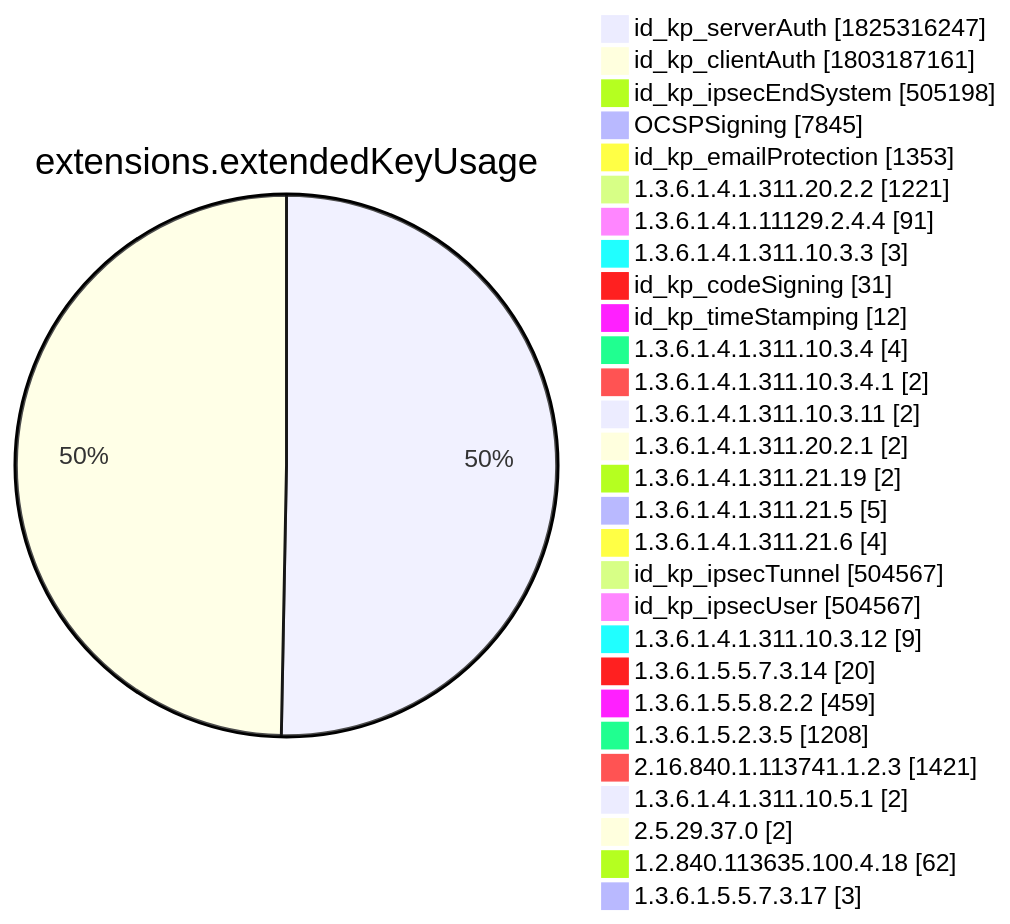
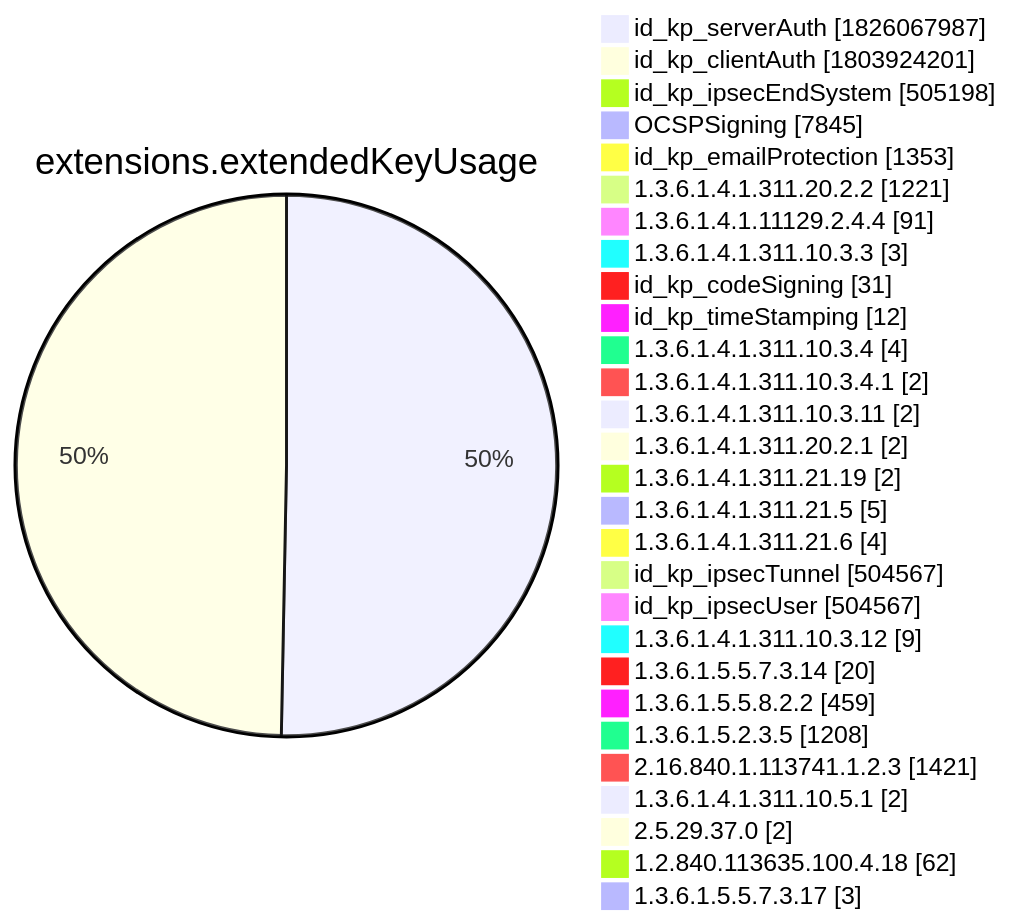
Before and after one commit to christiankrug/ctmonitor_visualization: diagram 12 of 15 in xenon2022/README.md, drawn with Mermaid. The commit also changed other lines of this file, not shown here.

````diff
--- a/xenon2022/README.md
+++ b/xenon2022/README.md
@@ -3895,32 +3895,32 @@
 ```mermaid
 pie showData
 title extensions.extendedKeyUsage
-"id_kp_serverAuth" :1825316247
-"id_kp_clientAuth" :1803187161
+"id_kp_serverAuth" :1826067987
+"id_kp_clientAuth" :1803924201
 "id_kp_ipsecEndSystem" :505198
 "OCSPSigning" :7845
 "id_kp_emailProtection" :1353
 "1.3.6.1.4.1.311.20.2.2" :1221
 "1.3.6.1.4.1.11129.2.4.4" :91
 "1.3.6.1.4.1.311.10.3.3" :3
 "id_kp_codeSigning" :31
 "id_kp_timeStamping" :12
 "1.3.6.1.4.1.311.10.3.4" :4
 "1.3.6.1.4.1.311.10.3.4.1" :2
 "1.3.6.1.4.1.311.10.3.11" :2
 "1.3.6.1.4.1.311.20.2.1" :2
 "1.3.6.1.4.1.311.21.19" :2
 "1.3.6.1.4.1.311.21.5" :5
 "1.3.6.1.4.1.311.21.6" :4
 "id_kp_ipsecTunnel" :504567
 "id_kp_ipsecUser" :504567
 "1.3.6.1.4.1.311.10.3.12" :9
 "1.3.6.1.5.5.7.3.14" :20
 "1.3.6.1.5.5.8.2.2" :459
 "1.3.6.1.5.2.3.5" :1208
 "2.16.840.1.113741.1.2.3" :1421
 "1.3.6.1.4.1.311.10.5.1" :2
 "2.5.29.37.0" :2
 "1.2.840.113635.100.4.18" :62
 "1.3.6.1.5.5.7.3.17" :3
 ```
````
